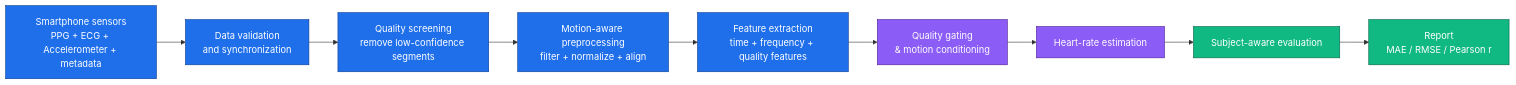
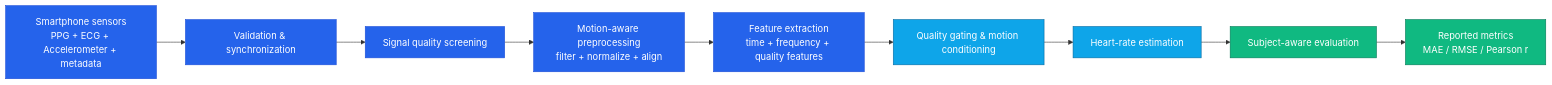
One commit to rifat-binreza/MoWaveQFormer changed the diagram in README.md. Above: the diagram before and after it, drawn with Mermaid. The commit also changed other lines of this file, not shown here.

````diff
--- a/README.md
+++ b/README.md
@@ -34,20 +48,20 @@
 ```mermaid
 flowchart LR
-    A[Smartphone sensors\nPPG + ECG + Accelerometer + metadata] --> B[Data validation\nand synchronization]
-    B --> C[Quality screening\nremove low-confidence segments]
-    C --> D[Motion-aware preprocessing\nfilter + normalize + align]
-    D --> E[Feature extraction\ntime + frequency + quality features]
-    E --> F[Quality gating\n& motion conditioning]
+    A[Smartphone sensors<br/>PPG + ECG + Accelerometer + metadata] --> B[Validation & synchronization]
+    B --> C[Signal quality screening]
+    C --> D[Motion-aware preprocessing<br/>filter + normalize + align]
+    D --> E[Feature extraction<br/>time + frequency + quality features]
+    E --> F[Quality gating & motion conditioning]
     F --> G[Heart-rate estimation]
     G --> H[Subject-aware evaluation]
-    H --> I[Report\nMAE / RMSE / Pearson r]
+    H --> I[Reported metrics<br/>MAE / RMSE / Pearson r]
 
-    classDef sensor fill:#1f6feb,stroke:#0b3b8f,color:#fff,stroke-width:1px;
-    classDef proc fill:#0ea5e9,stroke:#075985,color:#fff,stroke-width:1px;
-    classDef model fill:#8b5cf6,stroke:#4c1d95,color:#fff,stroke-width:1px;
-    classDef result fill:#10b981,stroke:#065f46,color:#fff,stroke-width:1px;
+    classDef sensor fill:#2563eb,stroke:#1d4ed8,color:#fff,stroke-width:1px;
+    classDef process fill:#0ea5e9,stroke:#0369a1,color:#fff,stroke-width:1px;
+    classDef model fill:#8b5cf6,stroke:#6d28d9,color:#fff,stroke-width:1px;
+    classDef result fill:#10b981,stroke:#047857,color:#fff,stroke-width:1px;
 
     class A,B,C,D,E sensor;
-    class F,G model;
+    class F,G process;
     class H,I result;
 ```
````
